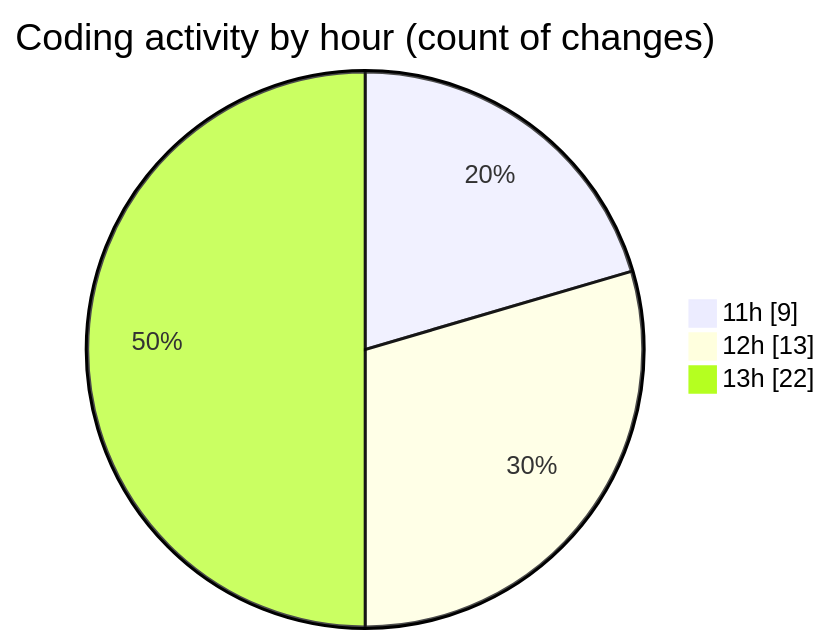
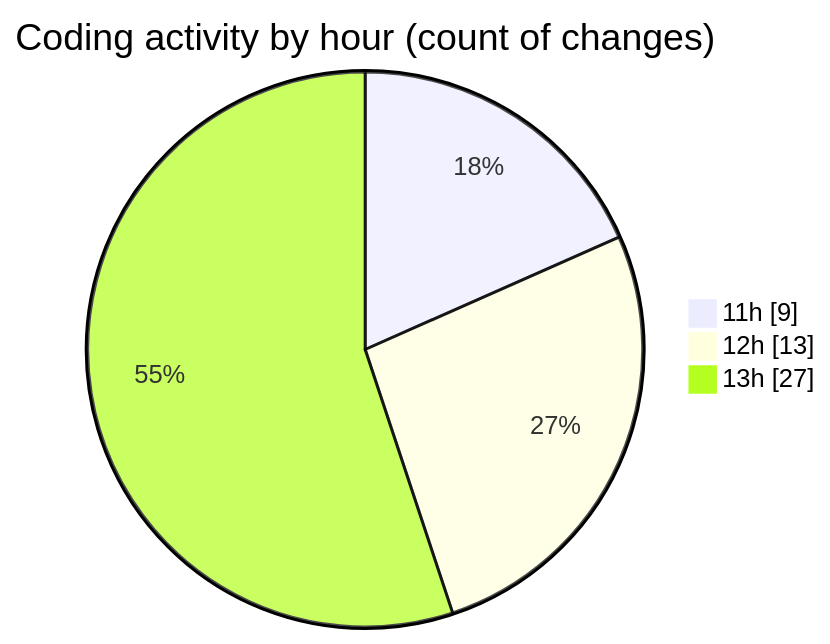
Before and after one commit to momahboobian/code-tracking: the second of 2 diagrams in 2025-02-05/cda/README.md, drawn with Mermaid. The commit also changed other lines of this file and 1 other file, not shown here.

````diff
--- a/2025-02-05/cda/README.md
+++ b/2025-02-05/cda/README.md
@@ -39,7 +40,7 @@
 ```mermaid
 pie showData
 title Coding activity by hour (count of changes)
 "11h" : 9
 "12h" : 13
-"13h" : 22
+"13h" : 27
 ```
````
